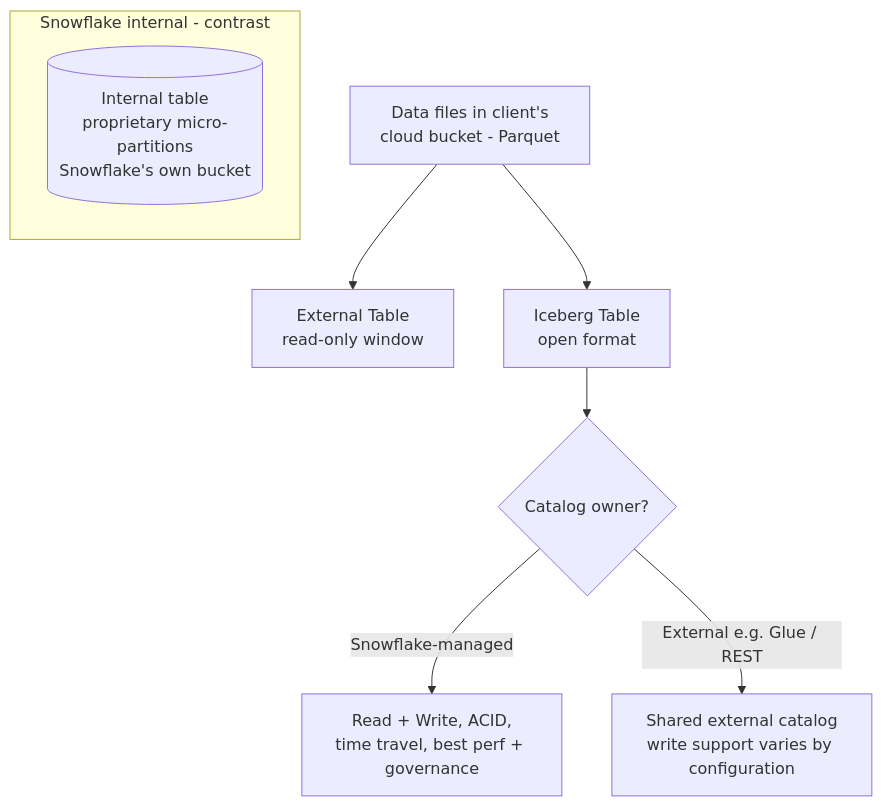
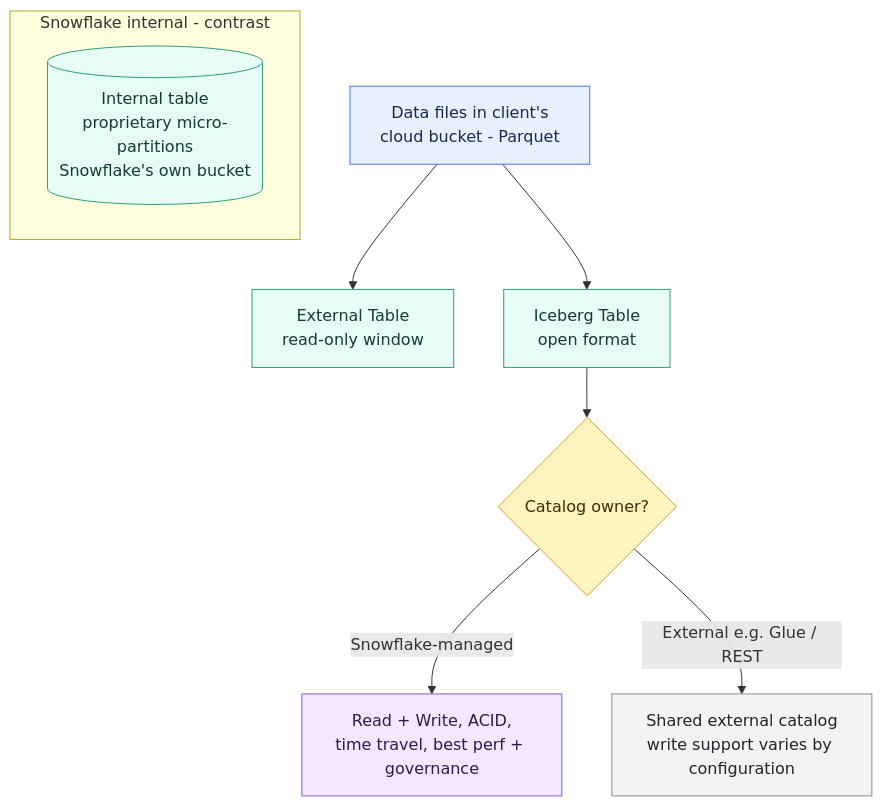
One commit to shonningsoy/Upskill changed the diagram in 01 Snowflake/04 Data Engineering/24 External Tables and Iceberg.md. Above: the diagram before and after it, drawn with Mermaid. The commit also changed other lines of this file and 14 other files, not shown here.

````diff
--- a/01 Snowflake/04 Data Engineering/24 External Tables and Iceberg.md
+++ b/01 Snowflake/04 Data Engineering/24 External Tables and Iceberg.md
@@ -64,11 +67,22 @@
 ```mermaid
 flowchart TD
     B[Data files in client's<br/>cloud bucket - Parquet] --> ET[External Table<br/>read-only window]
     B --> IC[Iceberg Table<br/>open format]
     IC --> CAT{Catalog owner?}
     CAT -->|Snowflake-managed| W[Read + Write, ACID,<br/>time travel, best perf + governance]
     CAT -->|External e.g. Glue / REST| R[Shared external catalog<br/>write support varies by configuration]
     subgraph SF[Snowflake internal - contrast]
       INT[(Internal table<br/>proprietary micro-partitions<br/>Snowflake's own bucket)]
     end
+
+    classDef input fill:#E8F0FE,stroke:#4C6EF5,color:#172B4D
+    classDef control fill:#FFF3BF,stroke:#D69E2E,color:#3D2E00
+    classDef snowflake fill:#E6FCF5,stroke:#2F9E7B,color:#123C34
+    classDef platform fill:#F1F3F5,stroke:#868E96,color:#212529
+    classDef output fill:#F3E8FF,stroke:#805AD5,color:#2D1B4E
+    class B input
+    class CAT control
+    class ET,IC,INT snowflake
+    class R platform
+    class W output
 ```
````
